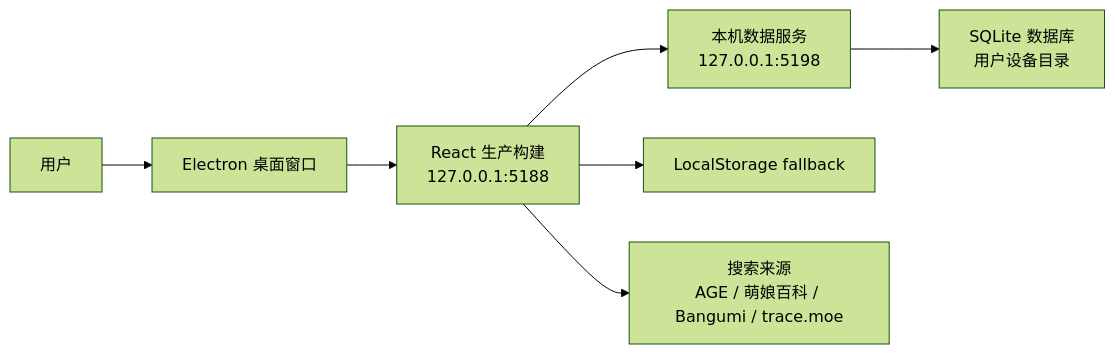
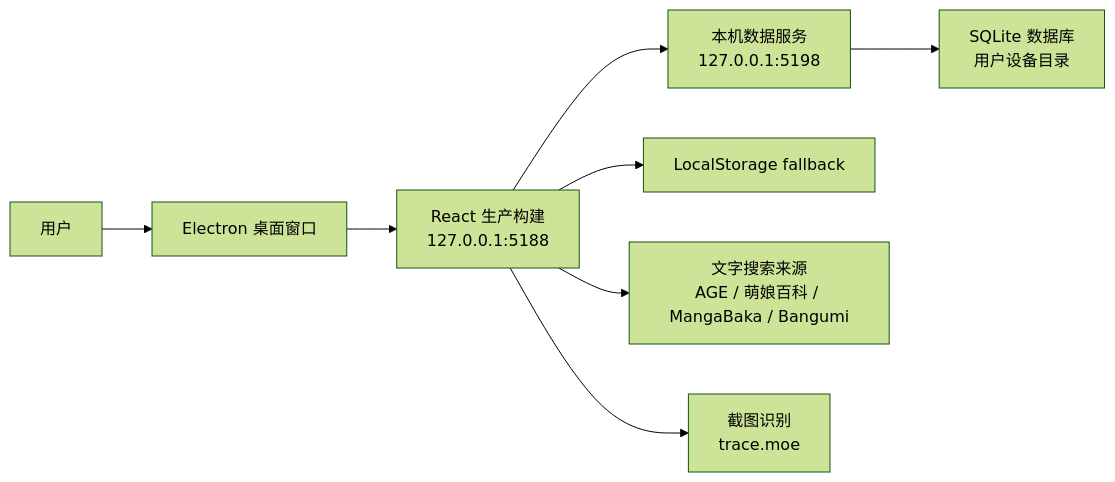
Before and after one commit to ChibaRie/acgn_journey: the diagram in docs/ARCHITECTURE.md, drawn with Mermaid (forest theme). The commit also changed other lines of this file and 13 other files, not shown here.

Commit message:
Add MangaBaka light novel source

````diff
--- a/docs/ARCHITECTURE.md
+++ b/docs/ARCHITECTURE.md
@@ -24,9 +24,10 @@
 ```mermaid
 flowchart LR
   U["用户"] --> E["Electron 桌面窗口"]
   E --> F["React 生产构建<br/>127.0.0.1:5188"]
   F --> D["本机数据服务<br/>127.0.0.1:5198"]
   D --> S["SQLite 数据库<br/>用户设备目录"]
   F --> L["LocalStorage fallback"]
-  F --> A["搜索来源<br/>AGE / 萌娘百科 / Bangumi / trace.moe"]
+  F --> A["文字搜索来源<br/>AGE / 萌娘百科 / MangaBaka / Bangumi"]
+  F --> T["截图识别<br/>trace.moe"]
 ```
````
